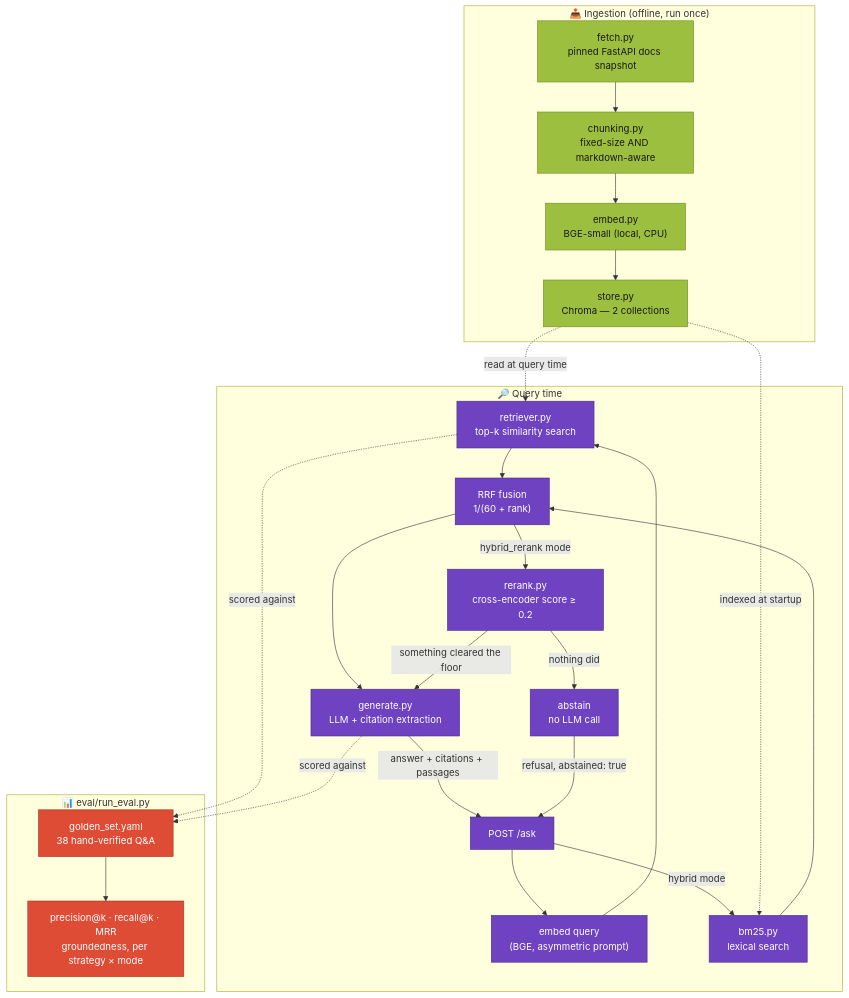
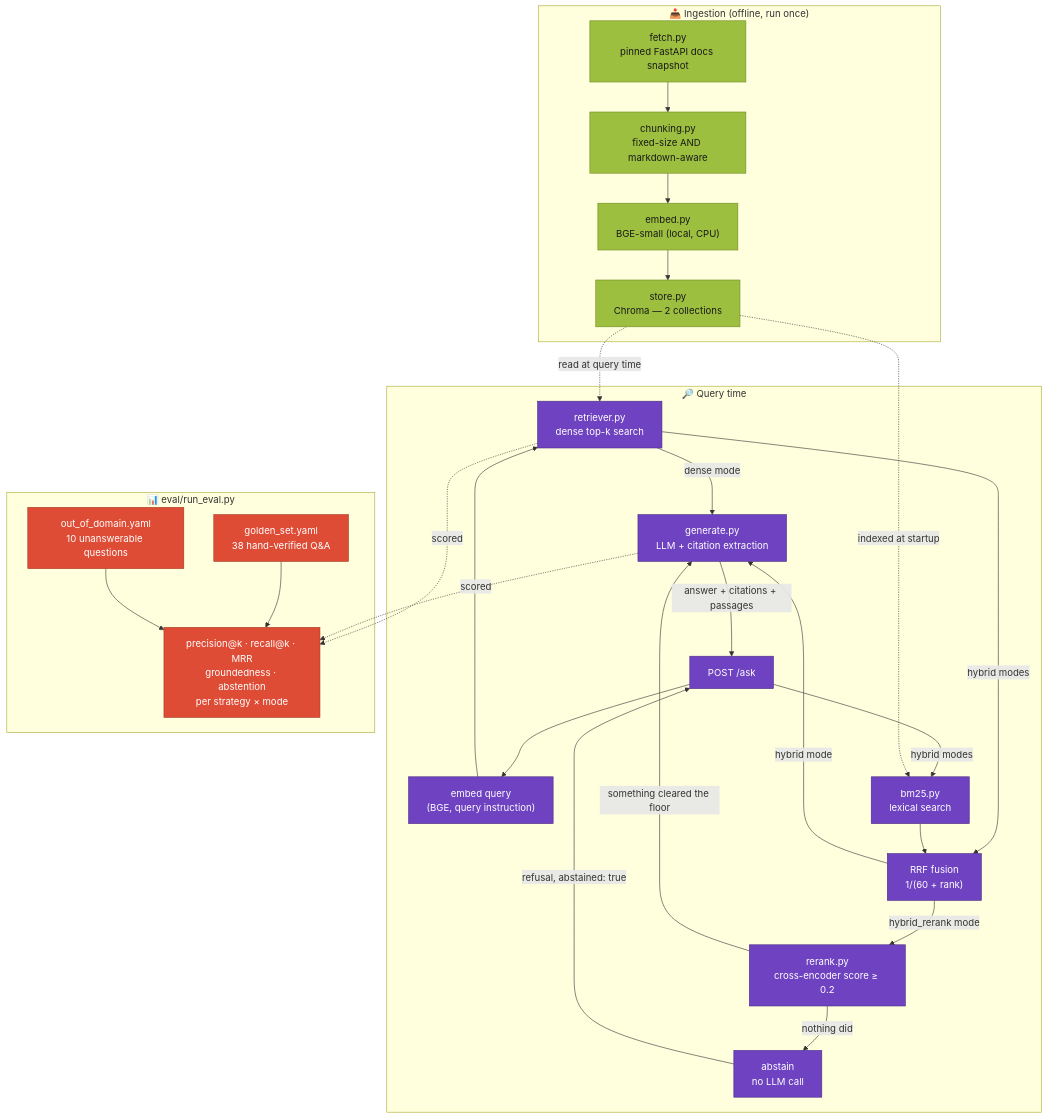
The diagram in README.md (Totm33606/doc-qa-agent), drawn with Mermaid before and after one commit. The commit also changed other lines of this file and 38 other files, not shown here.

````diff
--- a/README.md
+++ b/README.md
@@ -168,48 +69,52 @@
 ```mermaid
 flowchart TD
     subgraph Ingestion["📥 Ingestion (offline, run once)"]
         F["fetch.py<br/>pinned FastAPI docs snapshot"]
         C["chunking.py<br/>fixed-size AND markdown-aware"]
         E1["embed.py<br/>BGE-small (local, CPU)"]
         S1["store.py<br/>Chroma — 2 collections"]
         F --> C --> E1 --> S1
     end
 
     subgraph Query["🔎 Query time"]
         Q["POST /ask"]
-        E2["embed query<br/>(BGE, asymmetric prompt)"]
-        R["retriever.py<br/>top-k similarity search"]
+        E2["embed query<br/>(BGE, query instruction)"]
+        R["retriever.py<br/>dense top-k search"]
         B["bm25.py<br/>lexical search"]
         RRF["RRF fusion<br/>1/(60 + rank)"]
         RR["rerank.py<br/>cross-encoder score ≥ 0.2"]
         G["generate.py<br/>LLM + citation extraction"]
         A["abstain<br/>no LLM call"]
-        Q --> E2 --> R --> RRF
-        Q -->|"hybrid mode"| B --> RRF
+        Q --> E2 --> R
+        R -->|"dense mode"| G
+        R -->|"hybrid modes"| RRF
+        Q -->|"hybrid modes"| B --> RRF
+        RRF -->|"hybrid mode"| G
         RRF -->|"hybrid_rerank mode"| RR
-        RRF --> G
         RR -->|"something cleared the floor"| G
         RR -->|"nothing did"| A
     end
 
     S1 -.->|"read at query time"| R
     S1 -.->|"indexed at startup"| B
     G -->|"answer + citations + passages"| Q
     A -->|"refusal, abstained: true"| Q
 
     subgraph Eval["📊 eval/run_eval.py"]
         GS["golden_set.yaml<br/>38 hand-verified Q&A"]
-        M["precision@k · recall@k · MRR<br/>groundedness, per strategy × mode"]
+        OOD["out_of_domain.yaml<br/>10 unanswerable questions"]
+        M["precision@k · recall@k · MRR<br/>groundedness · abstention<br/>per strategy × mode"]
         GS --> M
+        OOD --> M
     end
-    R -.->|"scored against"| GS
-    G -.->|"scored against"| GS
+    R -.->|"scored"| M
+    G -.->|"scored"| M
 
     classDef ingest fill:#9cbf3f,stroke:#6f8a24,color:#1a1a1a
     classDef query fill:#6f42c1,stroke:#4a2c85,color:#ffffff
     classDef eval fill:#de4c36,stroke:#a6371f,color:#ffffff
 
     class F,C,E1,S1 ingest
     class Q,E2,R,B,RRF,RR,G,A query
-    class GS,M eval
+    class GS,OOD,M eval
 ```
````
